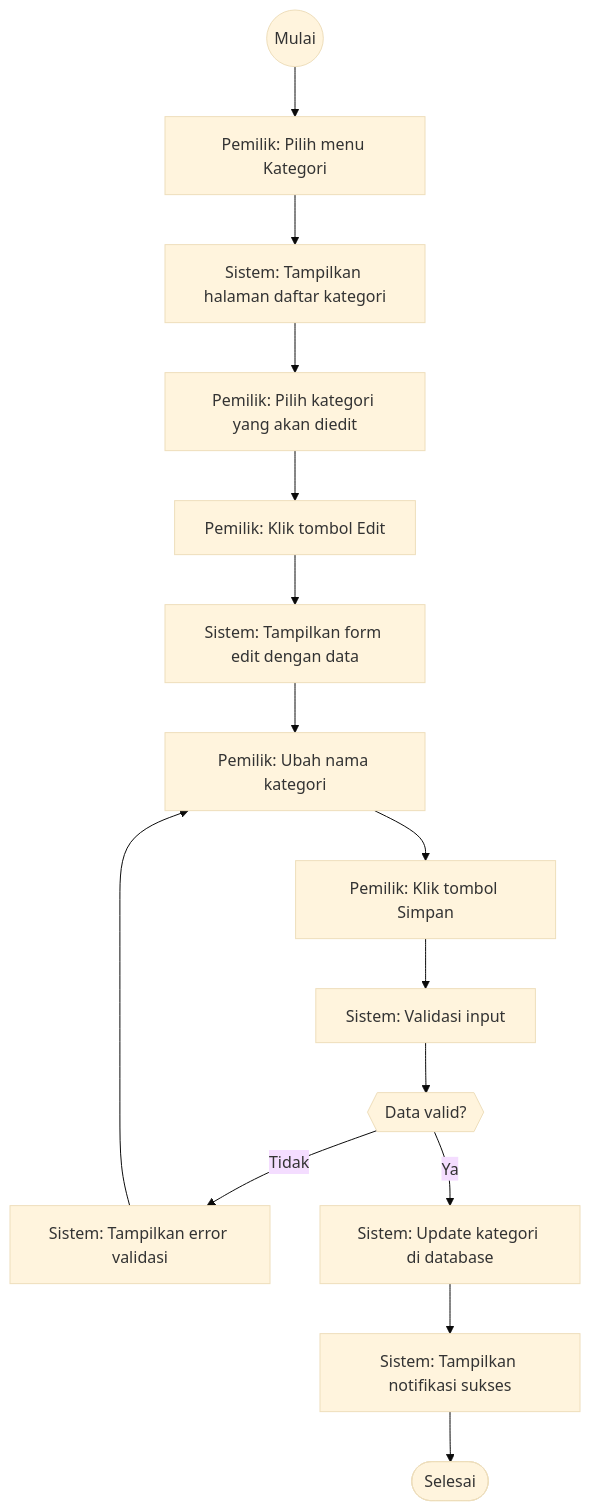
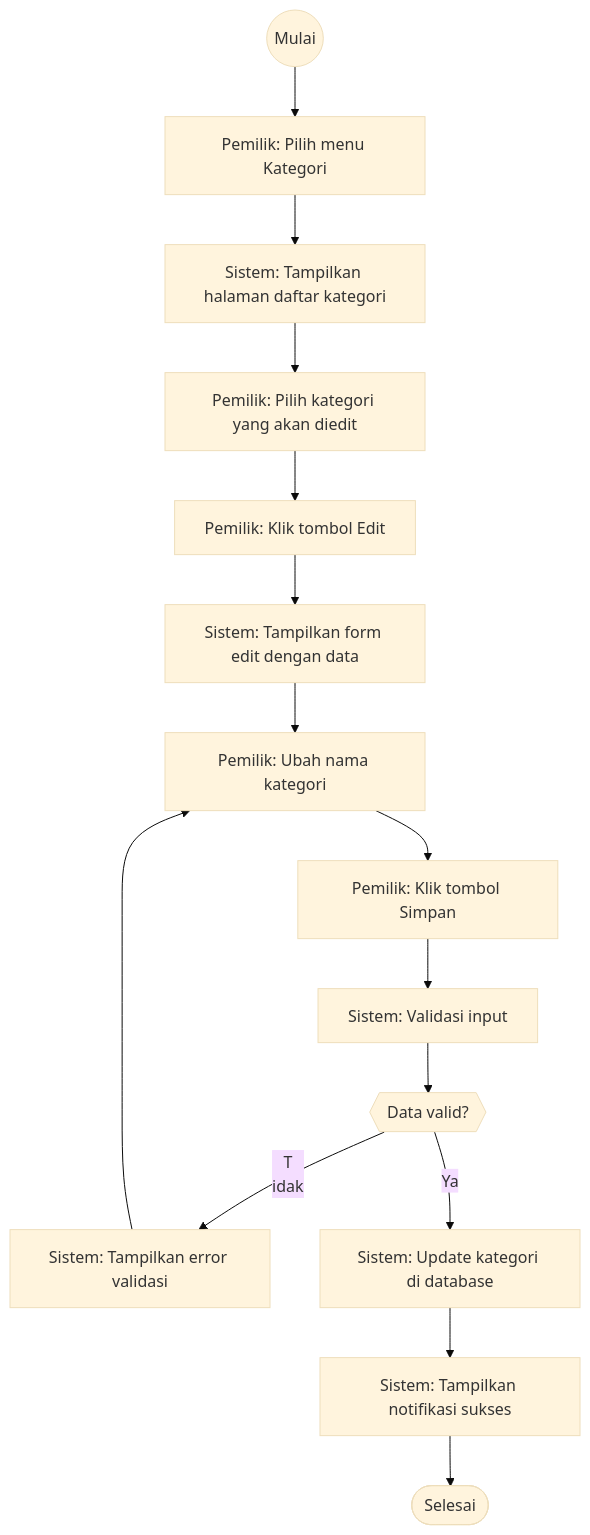
One commit to devWebs01/POS-DW changed diagram 26 of 40 in docs/4.2-perancangan-sistem.md. Above: the diagram before and after it, drawn with Mermaid (base theme). The commit also changed other lines of this file, not shown here.

````diff
--- a/docs/4.2-perancangan-sistem.md
+++ b/docs/4.2-perancangan-sistem.md
@@ -1612,27 +1743,28 @@
 ```mermaid
 flowchart TD
   start((Mulai))
   A_A["Pemilik: Pilih menu Kategori"]
   start --> A_A
   S_A["Sistem: Tampilkan halaman daftar kategori"]
   A_A --> S_A
   A_B["Pemilik: Pilih kategori yang akan diedit"]
   S_A --> A_B
   A_C["Pemilik: Klik tombol Edit"]
   A_B --> A_C
   S_B["Sistem: Tampilkan form edit dengan data"]
   A_C --> S_B
   A_D["Pemilik: Ubah nama kategori"]
   S_B --> A_D
   A_E["Pemilik: Klik tombol Simpan"]
   A_D --> A_E
   S_C["Sistem: Validasi input"]
   A_E --> S_C
   D_A{{"Data valid?"}}
   S_C --> D_A
-  D_A -->|Tidak| E_A["Sistem: Tampilkan error validasi"]
+  D_A -->|T
+idak| E_A["Sistem: Tampilkan error validasi"]
   E_A --> A_D
   D_A -->|Ya| S_D["Sistem: Update kategori di database"]
   S_D --> S_E["Sistem: Tampilkan notifikasi sukses"]
   S_E --> end_success([Selesai])
 ```
````
